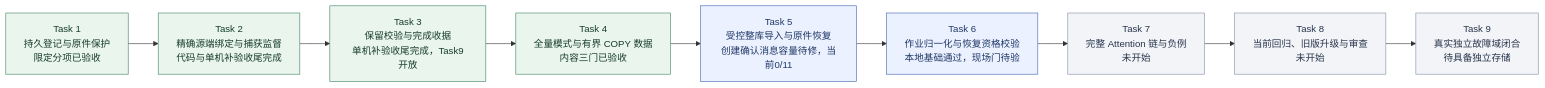
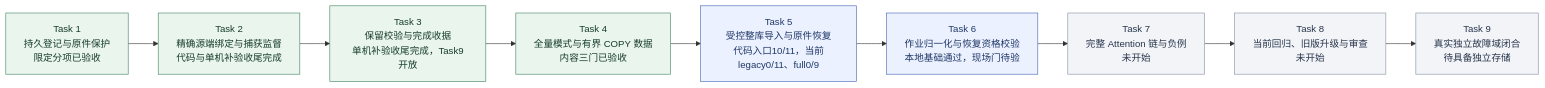
Before and after one commit to MansurnamedZhang/learning-system-p0c4: the second of 9 diagrams in docs/KnowWeave实施路线与系统架构.md, drawn with Mermaid. The commit also changed other lines of this file and 14 other files, not shown here.

````diff
--- a/docs/KnowWeave实施路线与系统架构.md
+++ b/docs/KnowWeave实施路线与系统架构.md
@@ -72,26 +74,26 @@
 ```mermaid
 flowchart LR
     C4T1["Task 1<br/>持久登记与原件保护<br/>限定分项已验收"]
     C4T2["Task 2<br/>精确源端绑定与捕获监督<br/>代码与单机补验收尾完成"]
     C4T3["Task 3<br/>保留校验与完成收据<br/>单机补验收尾完成，Task9开放"]
     C4T4["Task 4<br/>全量模式与有界 COPY 数据<br/>内容三门已验收"]
-    C4T5["Task 5<br/>受控整库导入与原件恢复<br/>创建确认消息容量待修，当前0/11"]
+    C4T5["Task 5<br/>受控整库导入与原件恢复<br/>代码入口10/11，当前legacy0/11、full0/9"]
     C4T6["Task 6<br/>作业归一化与恢复资格校验<br/>本地基础通过，现场门待验"]
     C4T7["Task 7<br/>完整 Attention 链与负例<br/>未开始"]
     C4T8["Task 8<br/>当前回归、旧版升级与审查<br/>未开始"]
     C4T9["Task 9<br/>真实独立故障域闭合<br/>待具备独立存储"]
     C4T1 --> C4T2
     C4T2 --> C4T3
     C4T3 --> C4T4
     C4T4 --> C4T5
     C4T5 --> C4T6
     C4T6 --> C4T7
     C4T7 --> C4T8
     C4T8 --> C4T9
     class C4T1,C4T2,C4T3,C4T4 done
     class C4T5,C4T6 next
     class C4T7,C4T8,C4T9 planned
     classDef done fill:#eaf5ee,stroke:#438363,color:#173d2b
     classDef next fill:#ebf1ff,stroke:#4365b4,color:#203866
     classDef planned fill:#f2f4f8,stroke:#8591a3,color:#28354b
 ```
````
